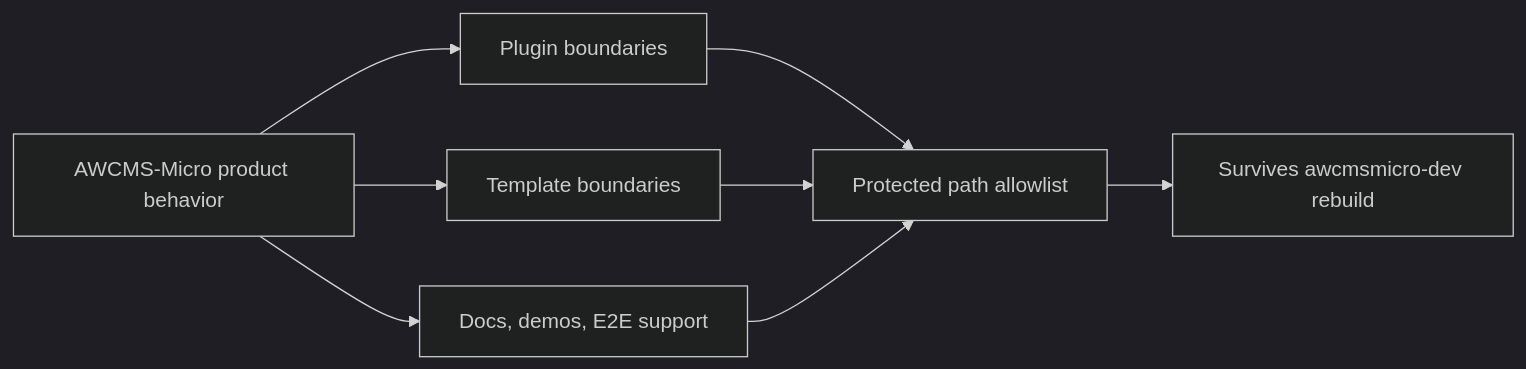
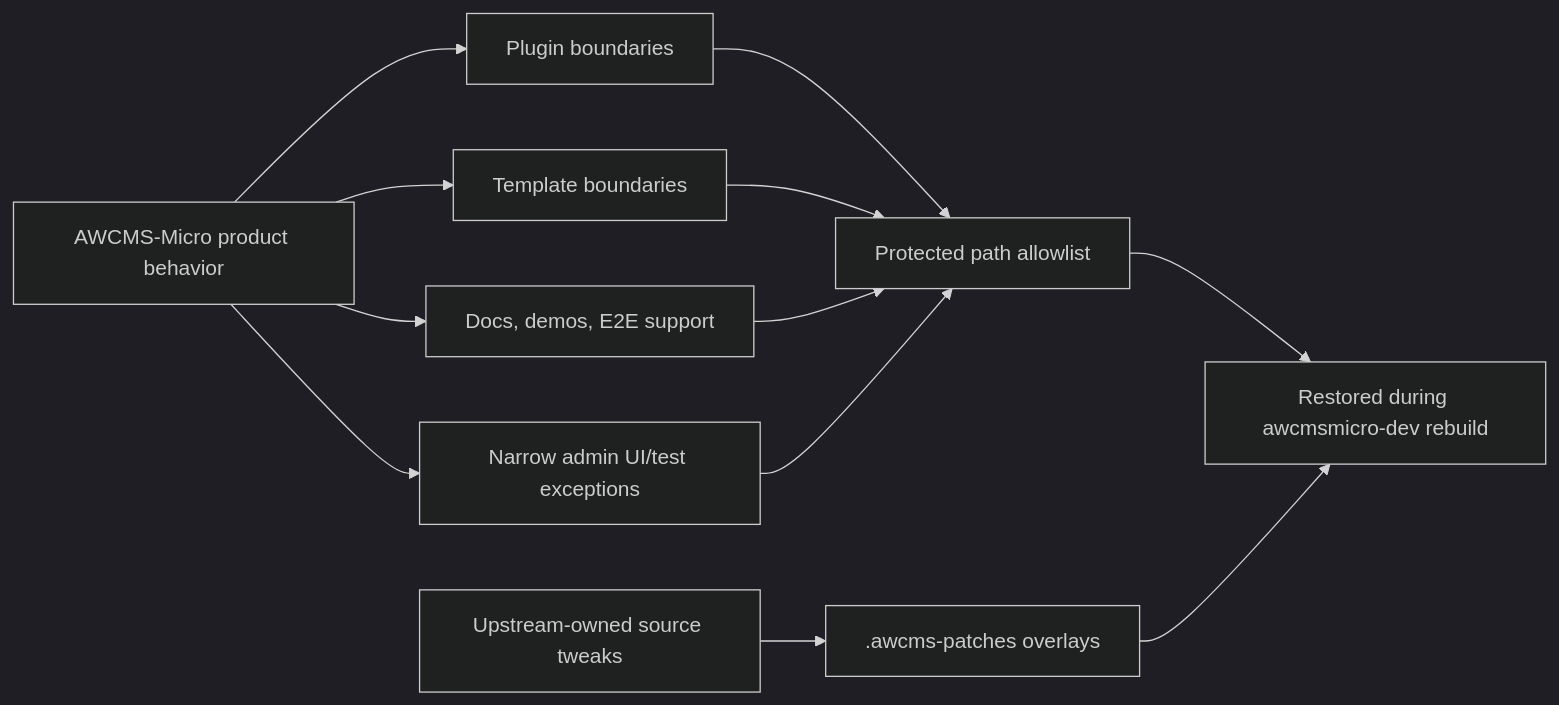
Before and after one commit to ahliweb/awcms-micro: the second of 2 diagrams in docs/repository-structure.md, drawn with Mermaid (dark theme). The commit also changed other lines of this file and 29 other files, not shown here.

````diff
--- a/docs/repository-structure.md
+++ b/docs/repository-structure.md
@@ -112,10 +112,14 @@
 ```mermaid
 flowchart LR
-  Product[AWCMS-Micro product behavior] --> Plugins[Plugin boundaries]
-  Product --> Templates[Template boundaries]
-  Product --> Supporting[Docs, demos, E2E support]
-  Plugins --> Protected[Protected path allowlist]
+  Product["AWCMS-Micro product behavior"] --> Plugins["Plugin boundaries"]
+  Product --> Templates["Template boundaries"]
+  Product --> Supporting["Docs, demos, E2E support"]
+  Product --> AdminExceptions["Narrow admin UI/test exceptions"]
+  SourceTweaks["Upstream-owned source tweaks"] --> Patches[".awcms-patches overlays"]
+  Plugins --> Protected["Protected path allowlist"]
   Templates --> Protected
   Supporting --> Protected
-  Protected --> Rebuild[Survives awcmsmicro-dev rebuild]
+  AdminExceptions --> Protected
+  Protected --> Rebuild["Restored during awcmsmicro-dev rebuild"]
+  Patches --> Rebuild
 ```
````
